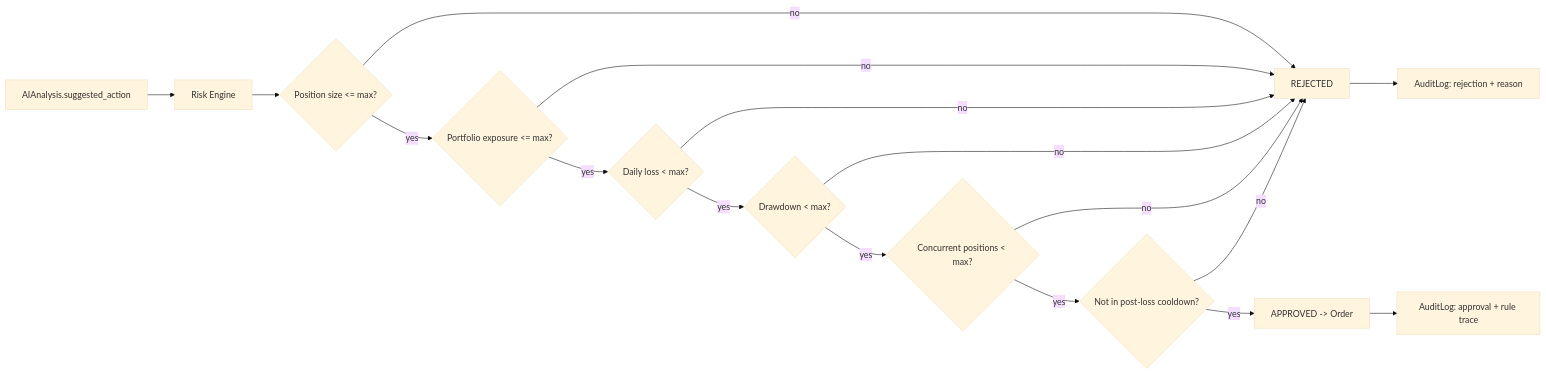
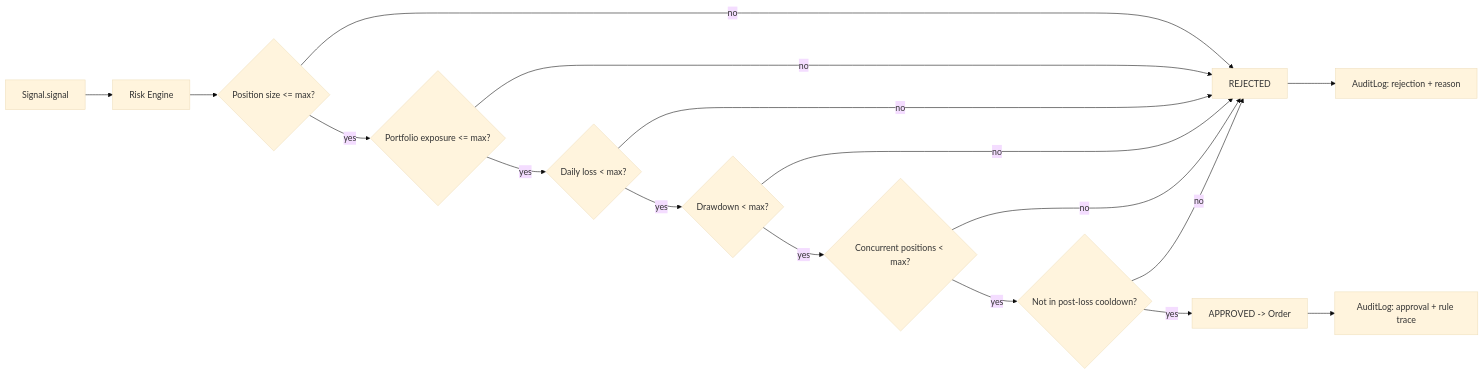
One commit to okediachi87483/market-pilot-ai changed the third of 4 diagrams in docs/data-flow.md. Above: the diagram before and after it, drawn with Mermaid (base theme). The commit also changed other lines of this file and 41 other files, not shown here.

````diff
--- a/docs/data-flow.md
+++ b/docs/data-flow.md
@@ -92,19 +96,19 @@
 ```mermaid
 flowchart LR
-    S[AIAnalysis.suggested_action] --> RE[Risk Engine]
+    S[Signal.signal] --> RE[Risk Engine]
     RE --> C1{Position size <= max?}
     C1 -->|no| REJ[REJECTED]
     C1 -->|yes| C2{Portfolio exposure <= max?}
     C2 -->|no| REJ
     C2 -->|yes| C3{Daily loss < max?}
     C3 -->|no| REJ
     C3 -->|yes| C4{Drawdown < max?}
     C4 -->|no| REJ
     C4 -->|yes| C5{Concurrent positions < max?}
     C5 -->|no| REJ
     C5 -->|yes| C6{Not in post-loss cooldown?}
     C6 -->|no| REJ
     C6 -->|yes| APP[APPROVED -> Order]
     REJ --> AUD[AuditLog: rejection + reason]
     APP --> AUD2[AuditLog: approval + rule trace]
 ```
````
